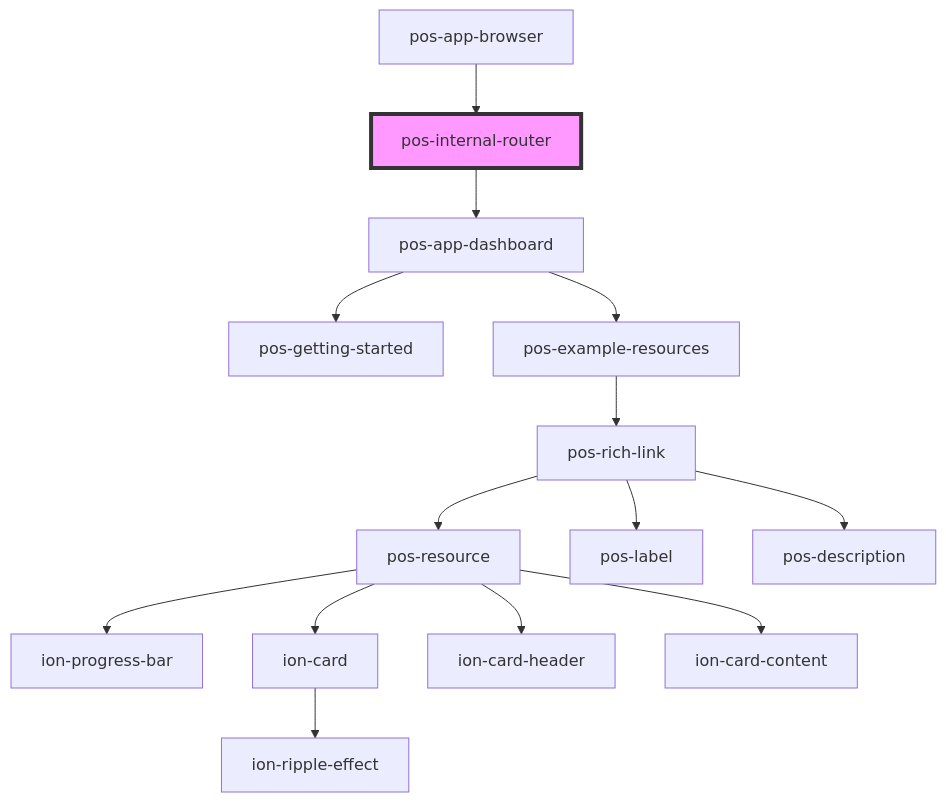
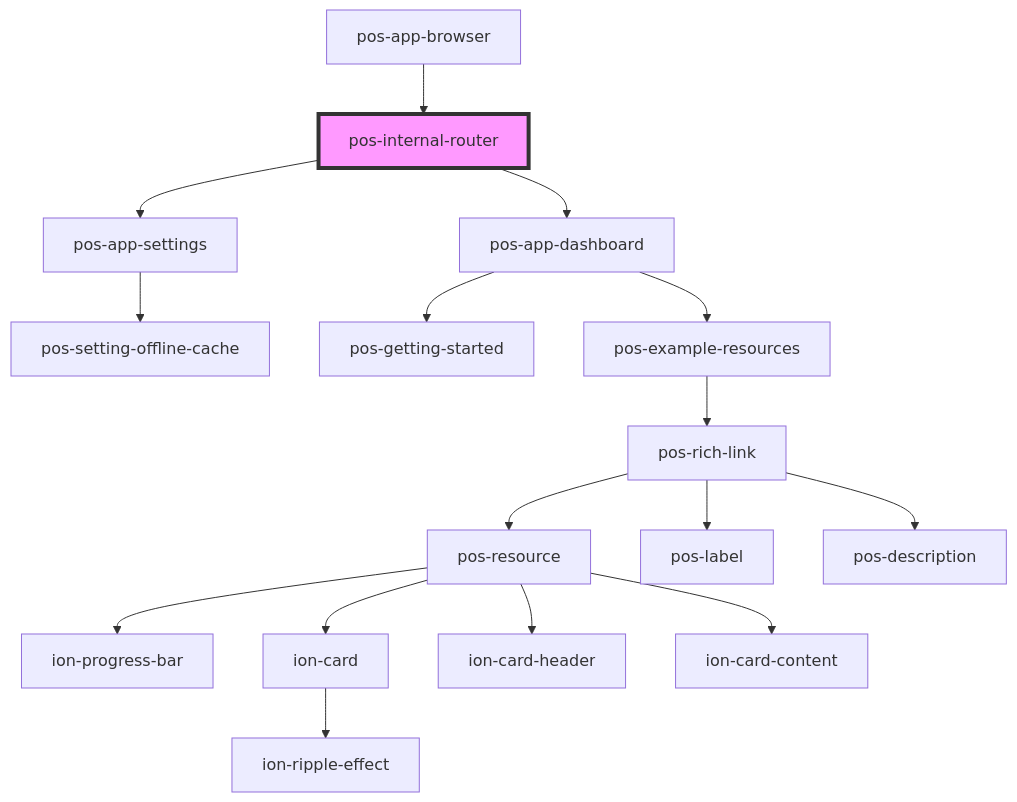
One commit to pod-os/PodOS changed the diagram in docs/elements/components/pos-internal-router/readme.md. Above: the diagram before and after it, drawn with Mermaid. The commit also changed other lines of this file and 6 other files, not shown here.

````diff
--- a/docs/elements/components/pos-internal-router/readme.md
+++ b/docs/elements/components/pos-internal-router/readme.md
@@ -23,17 +24,19 @@
 ```mermaid
 graph TD;
+  pos-internal-router --> pos-app-settings
   pos-internal-router --> pos-app-dashboard
+  pos-app-settings --> pos-setting-offline-cache
   pos-app-dashboard --> pos-getting-started
   pos-app-dashboard --> pos-example-resources
   pos-example-resources --> pos-rich-link
   pos-rich-link --> pos-resource
   pos-rich-link --> pos-label
   pos-rich-link --> pos-description
   pos-resource --> ion-progress-bar
   pos-resource --> ion-card
   pos-resource --> ion-card-header
   pos-resource --> ion-card-content
   ion-card --> ion-ripple-effect
   pos-app-browser --> pos-internal-router
   style pos-internal-router fill:#f9f,stroke:#333,stroke-width:4px
 ```
````
